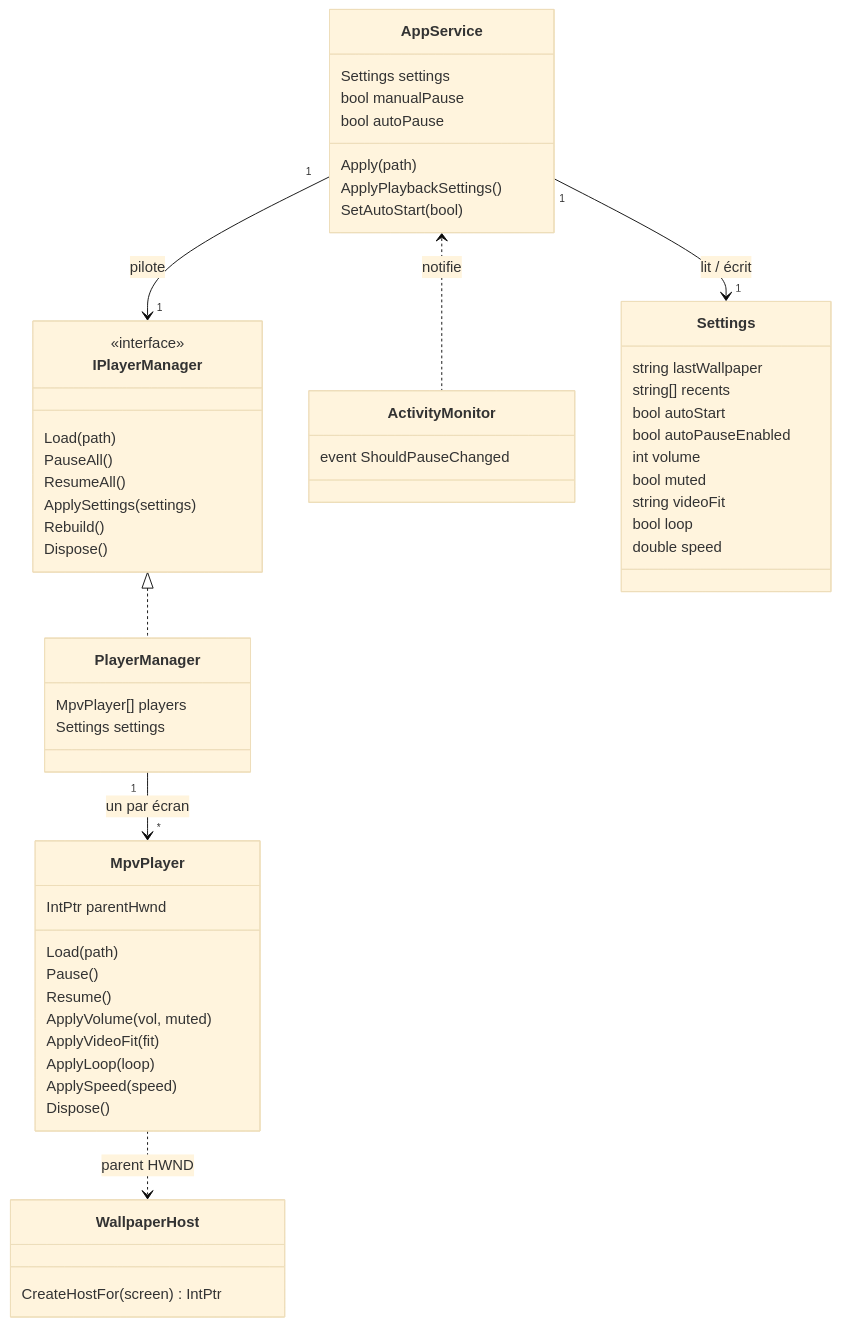
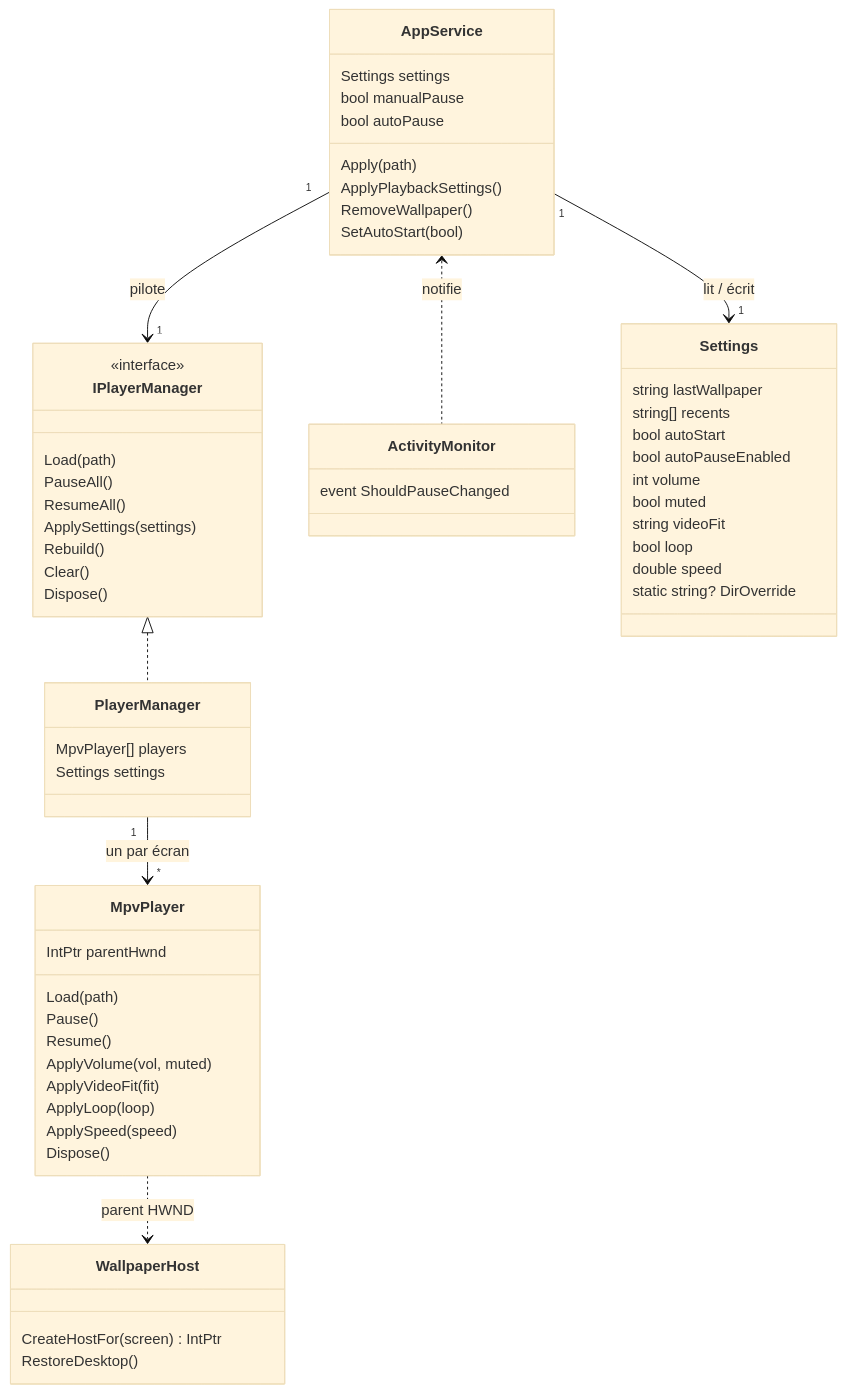
One commit to KevinT78/wallflow changed the first of 5 diagrams in docs/ARCHITECTURE-TECHNIQUE.md. Above: the diagram before and after it, drawn with Mermaid (base theme). The commit also changed other lines of this file and 2 other files, not shown here.

Commit message:
docs: sync retrait du fond + vitesse paliers (vue produit, architecture)

````diff
--- a/docs/ARCHITECTURE-TECHNIQUE.md
+++ b/docs/ARCHITECTURE-TECHNIQUE.md
@@ -33,58 +33,62 @@
 ```mermaid
 classDiagram
     class IPlayerManager {
         <<interface>>
         Load(path)
         PauseAll()
         ResumeAll()
         ApplySettings(settings)
         Rebuild()
+        Clear()
         Dispose()
     }
     class AppService {
         Settings settings
         bool manualPause
         bool autoPause
         Apply(path)
         ApplyPlaybackSettings()
+        RemoveWallpaper()
         SetAutoStart(bool)
     }
     class PlayerManager {
         MpvPlayer[] players
         Settings settings
     }
     class MpvPlayer {
         IntPtr parentHwnd
         Load(path)
         Pause()
         Resume()
         ApplyVolume(vol, muted)
         ApplyVideoFit(fit)
         ApplyLoop(loop)
         ApplySpeed(speed)
         Dispose()
     }
     class WallpaperHost {
         CreateHostFor(screen) IntPtr
+        RestoreDesktop()
     }
     class ActivityMonitor {
         event ShouldPauseChanged
     }
     class Settings {
         string lastWallpaper
         string[] recents
         bool autoStart
         bool autoPauseEnabled
         int volume
         bool muted
         string videoFit
         bool loop
         double speed
+        static string? DirOverride
     }
     IPlayerManager <|.. PlayerManager
     AppService "1" --> "1" IPlayerManager : pilote
     AppService "1" --> "1" Settings : lit / écrit
     AppService <.. ActivityMonitor : notifie
     PlayerManager "1" --> "*" MpvPlayer : un par écran
     MpvPlayer ..> WallpaperHost : parent HWND
 ```
````
